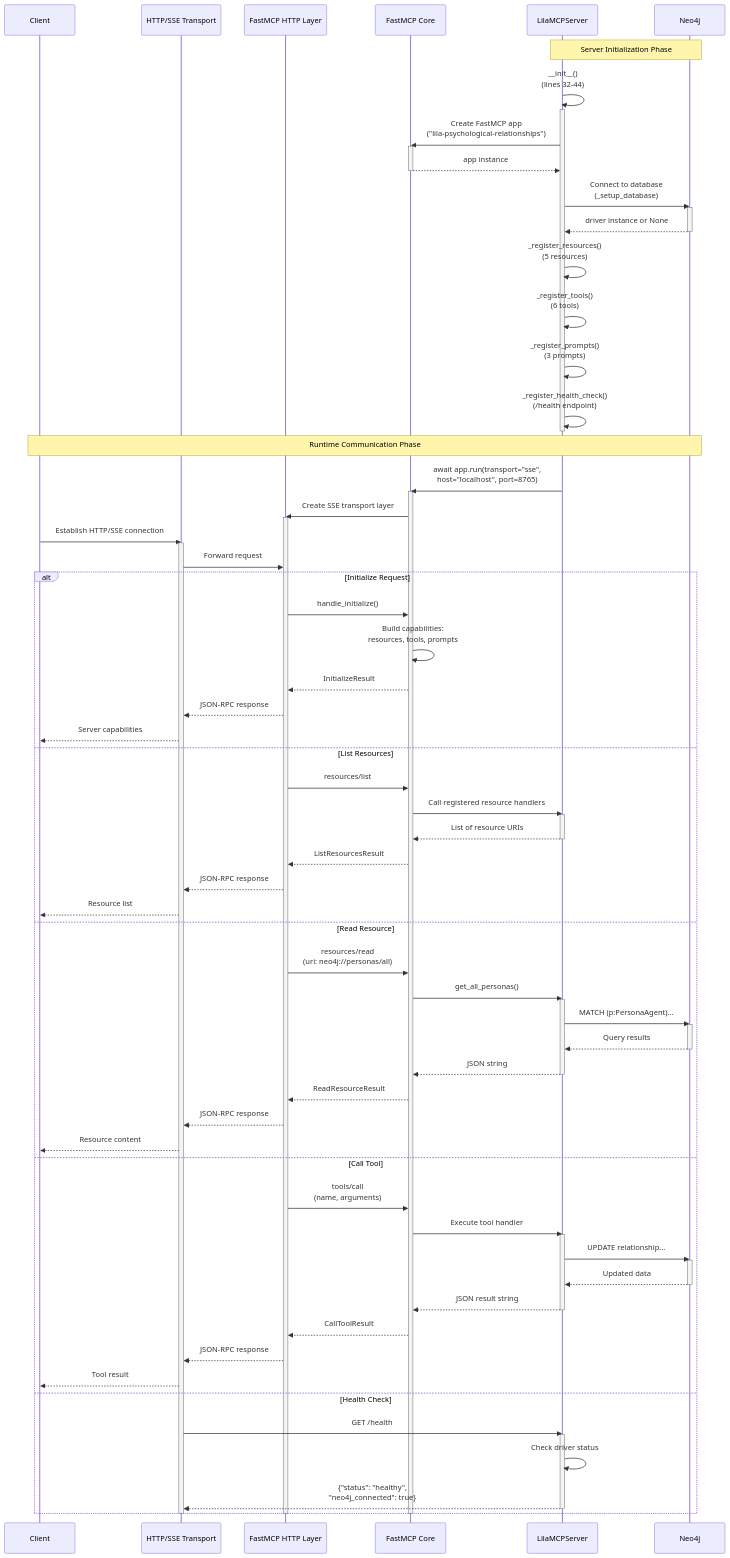
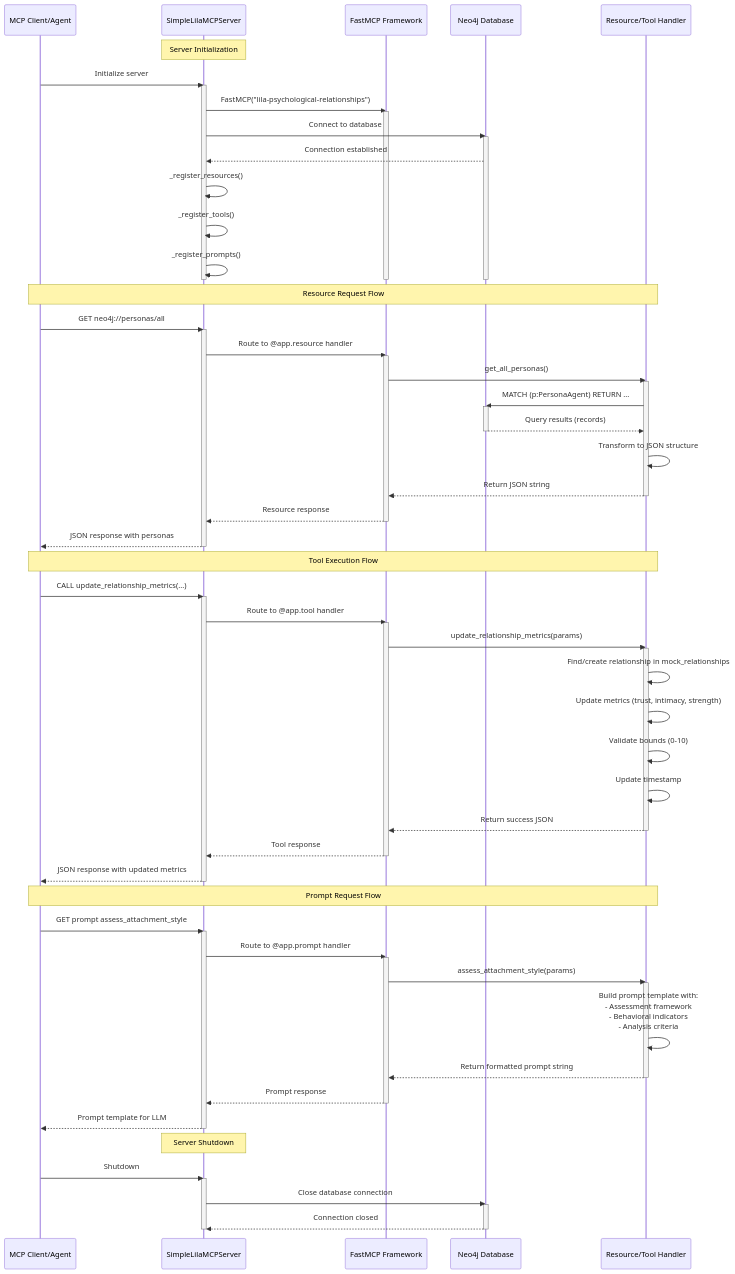
The fourth of 7 diagrams in repo_analysis/docs/03_data_flows.md (lila-graph/lila-mcp), drawn with Mermaid before and after one commit. The commit also changed other lines of this file and 10 other files, not shown here.

````diff
--- a/repo_analysis/docs/03_data_flows.md
+++ b/repo_analysis/docs/03_data_flows.md
@@ -500,100 +331,84 @@
 ```mermaid
 sequenceDiagram
-    participant Client
-    participant Transport as HTTP/SSE Transport
-    participant FastMCPHTTP as FastMCP HTTP Layer
-    participant FastMCP as FastMCP Core
-    participant Server as LilaMCPServer
-    participant Neo4j
+    participant Client as MCP Client/Agent
+    participant MCPServer as SimpleLilaMCPServer
+    participant FastMCP as FastMCP Framework
+    participant Neo4j as Neo4j Database
+    participant Handler as Resource/Tool Handler
 
-    Note over Server,Neo4j: Server Initialization Phase
+    Note over MCPServer: Server Initialization
+    Client->>MCPServer: Initialize server
+    activate MCPServer
+    MCPServer->>FastMCP: FastMCP("lila-psychological-relationships")
+    activate FastMCP
+    MCPServer->>Neo4j: Connect to database
+    activate Neo4j
+    Neo4j-->>MCPServer: Connection established
+    MCPServer->>MCPServer: _register_resources()
+    MCPServer->>MCPServer: _register_tools()
+    MCPServer->>MCPServer: _register_prompts()
+    deactivate Neo4j
+    deactivate FastMCP
+    deactivate MCPServer
 
-    Server->>Server: __init__()<br/>(lines 32-44)
-    activate Server
+    Note over Client,Handler: Resource Request Flow
+    Client->>MCPServer: GET neo4j://personas/all
+    activate MCPServer
+    MCPServer->>FastMCP: Route to @app.resource handler
+    activate FastMCP
+    FastMCP->>Handler: get_all_personas()
+    activate Handler
+    Handler->>Neo4j: MATCH (p:PersonaAgent) RETURN ...
+    activate Neo4j
+    Neo4j-->>Handler: Query results (records)
+    deactivate Neo4j
+    Handler->>Handler: Transform to JSON structure
+    Handler-->>FastMCP: Return JSON string
+    deactivate Handler
+    FastMCP-->>MCPServer: Resource response
+    deactivate FastMCP
+    MCPServer-->>Client: JSON response with personas
+    deactivate MCPServer
 
-    Server->>FastMCP: Create FastMCP app<br/>("lila-psychological-relationships")
+    Note over Client,Handler: Tool Execution Flow
+    Client->>MCPServer: CALL update_relationship_metrics(...)
+    activate MCPServer
+    MCPServer->>FastMCP: Route to @app.tool handler
     activate FastMCP
-    FastMCP-->>Server: app instance
+    FastMCP->>Handler: update_relationship_metrics(params)
+    activate Handler
+    Handler->>Handler: Find/create relationship in mock_relationships
+    Handler->>Handler: Update metrics (trust, intimacy, strength)
+    Handler->>Handler: Validate bounds (0-10)
+    Handler->>Handler: Update timestamp
+    Handler-->>FastMCP: Return success JSON
+    deactivate Handler
+    FastMCP-->>MCPServer: Tool response
     deactivate FastMCP
+    MCPServer-->>Client: JSON response with updated metrics
+    deactivate MCPServer
 
-    Server->>Neo4j: Connect to database<br/>(_setup_database)
+    Note over Client,Handler: Prompt Request Flow
+    Client->>MCPServer: GET prompt assess_attachment_style
+    activate MCPServer
+    MCPServer->>FastMCP: Route to @app.prompt handler
+    activate FastMCP
+    FastMCP->>Handler: assess_attachment_style(params)
+    activate Handler
+    Handler->>Handler: Build prompt template with:<br/>- Assessment framework<br/>- Behavioral indicators<br/>- Analysis criteria
+    Handler-->>FastMCP: Return formatted prompt string
+    deactivate Handler
+    FastMCP-->>MCPServer: Prompt response
+    deactivate FastMCP
+    MCPServer-->>Client: Prompt template for LLM
+    deactivate MCPServer
+
+    Note over MCPServer: Server Shutdown
+    Client->>MCPServer: Shutdown
+    activate MCPServer
+    MCPServer->>Neo4j: Close database connection
     activate Neo4j
-    Neo4j-->>Server: driver instance or None
+    Neo4j-->>MCPServer: Connection closed
     deactivate Neo4j
-
-    Server->>Server: _register_resources()<br/>(5 resources)
-    Server->>Server: _register_tools()<br/>(6 tools)
-    Server->>Server: _register_prompts()<br/>(3 prompts)
-    Server->>Server: _register_health_check()<br/>(/health endpoint)
-
-    deactivate Server
-
-    Note over Client,Neo4j: Runtime Communication Phase
-
-    Server->>FastMCP: await app.run(transport="sse",<br/>host="localhost", port=8765)
-    activate FastMCP
-
-    FastMCP->>FastMCPHTTP: Create SSE transport layer
-    activate FastMCPHTTP
-
-    Client->>Transport: Establish HTTP/SSE connection
-    activate Transport
-    Transport->>FastMCPHTTP: Forward request
-
-    alt Initialize Request
-        FastMCPHTTP->>FastMCP: handle_initialize()
-        FastMCP->>FastMCP: Build capabilities:<br/>resources, tools, prompts
-        FastMCP-->>FastMCPHTTP: InitializeResult
-        FastMCPHTTP-->>Transport: JSON-RPC response
-        Transport-->>Client: Server capabilities
-
-    else List Resources
-        FastMCPHTTP->>FastMCP: resources/list
-        FastMCP->>Server: Call registered resource handlers
-        activate Server
-        Server-->>FastMCP: List of resource URIs
-        deactivate Server
-        FastMCP-->>FastMCPHTTP: ListResourcesResult
-        FastMCPHTTP-->>Transport: JSON-RPC response
-        Transport-->>Client: Resource list
-
-    else Read Resource
-        FastMCPHTTP->>FastMCP: resources/read<br/>(uri: neo4j://personas/all)
-        FastMCP->>Server: get_all_personas()
-        activate Server
-        Server->>Neo4j: MATCH (p:PersonaAgent)...
-        activate Neo4j
-        Neo4j-->>Server: Query results
-        deactivate Neo4j
-        Server-->>FastMCP: JSON string
-        deactivate Server
-        FastMCP-->>FastMCPHTTP: ReadResourceResult
-        FastMCPHTTP-->>Transport: JSON-RPC response
-        Transport-->>Client: Resource content
-
-    else Call Tool
-        FastMCPHTTP->>FastMCP: tools/call<br/>(name, arguments)
-        FastMCP->>Server: Execute tool handler
-        activate Server
-        Server->>Neo4j: UPDATE relationship...
-        activate Neo4j
-        Neo4j-->>Server: Updated data
-        deactivate Neo4j
-        Server-->>FastMCP: JSON result string
-        deactivate Server
-        FastMCP-->>FastMCPHTTP: CallToolResult
-        FastMCPHTTP-->>Transport: JSON-RPC response
-        Transport-->>Client: Tool result
-
-    else Health Check
-        Transport->>Server: GET /health
-        activate Server
-        Server->>Server: Check driver status
-        Server-->>Transport: {"status": "healthy",<br/>"neo4j_connected": true}
-        deactivate Server
-    end
-
-    deactivate Transport
-    deactivate FastMCPHTTP
-    deactivate FastMCP
+    deactivate MCPServer
 ```
````
